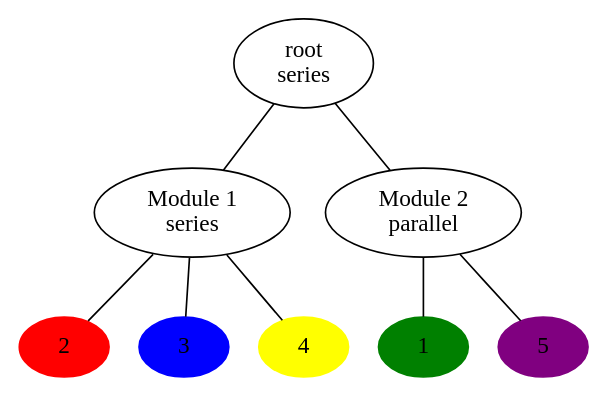
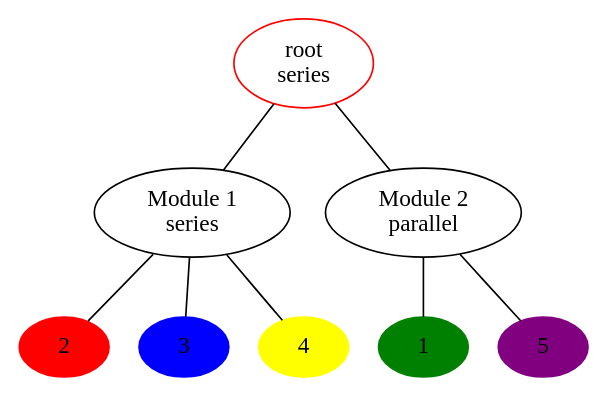
The diagram in Presentation/BaseColoring1.dot (MrBoboGet/BachelorThesis), drawn with Graphviz before and after one commit. The commit also changed 15 other files, not shown here.

```diff
--- a/Presentation/BaseColoring1.dot
+++ b/Presentation/BaseColoring1.dot
@@ -1,21 +1,22 @@
 graph G
 {
     {
         node [style="filled"]
             1 2 3 4 5    
     }   
     root -- {M1 M2}
+    root [color="red"]
     M2 -- {1 5}
     M1 -- {2 3 4}
 
     root [label="root\nseries"]
     M1 [label="Module 1\nseries"]
     M2 [label="Module 2\nparallel"]
 
  
     1 [color = "green"]
     2 [color = "red"]
     3 [color = "blue"]
     4 [color = "yellow"]
     5 [color = "purple"]
 }
```
